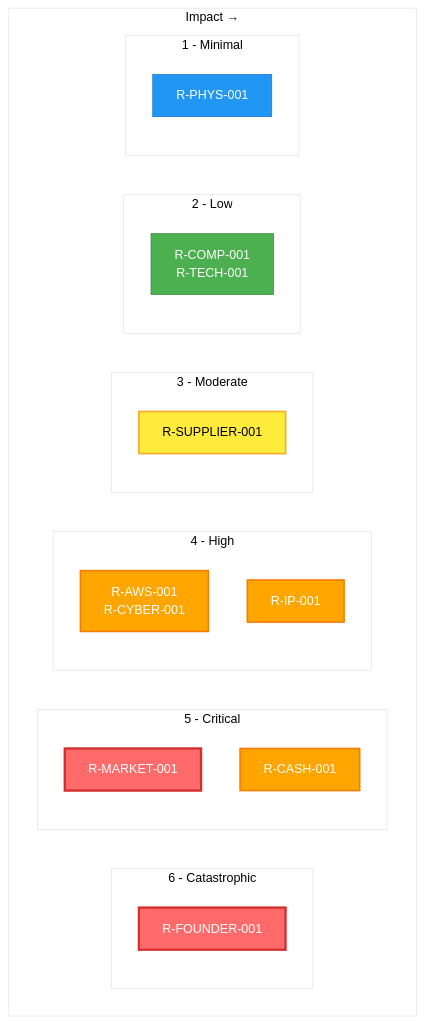
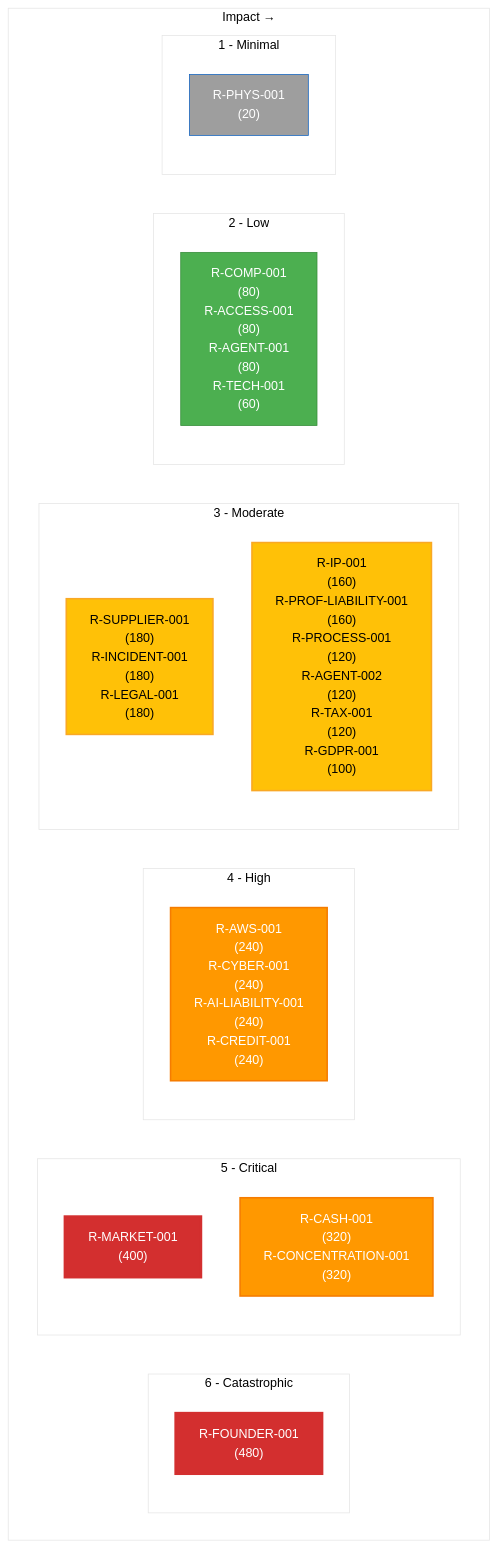
One commit to Hack23/ISMS-PUBLIC changed the first of 4 diagrams in Risk_Register.md. Above: the diagram before and after it, drawn with Mermaid. The commit also changed other lines of this file and 35 other files, not shown here.

````diff
--- a/Risk_Register.md
+++ b/Risk_Register.md
@@ -64,38 +64,38 @@
 ```mermaid
-%%{init: {'theme': 'base', 'themeVariables': {'primaryColor': '#f8f9fa'}}}%%
+%%{init: {'theme': 'base', 'themeVariables': {'primaryColor': '#F8F9FA'}}}%%
 graph TB
     subgraph "Impact →"
         subgraph "6 - Catastrophic"
-            A6["R-FOUNDER-001"]
+            A6["R-FOUNDER-001<br/>(480)"]
         end
         subgraph "5 - Critical"
-            A5["R-MARKET-001"]
-            B5["R-CASH-001"]
+            A5["R-MARKET-001<br/>(400)"]
+            B5["R-CASH-001<br/>(320)<br/>R-CONCENTRATION-001<br/>(320)"]
         end
         subgraph "4 - High"
-            B4["R-AWS-001<br/>R-CYBER-001"]
-            C4["R-IP-001"]
+            B4["R-AWS-001<br/>(240)<br/>R-CYBER-001<br/>(240)<br/>R-AI-LIABILITY-001<br/>(240)<br/>R-CREDIT-001<br/>(240)"]
         end
         subgraph "3 - Moderate"
-            B3["R-SUPPLIER-001"]
+            B3["R-SUPPLIER-001<br/>(180)<br/>R-INCIDENT-001<br/>(180)<br/>R-LEGAL-001<br/>(180)"]
+            C3["R-IP-001<br/>(160)<br/>R-PROF-LIABILITY-001<br/>(160)<br/>R-PROCESS-001<br/>(120)<br/>R-AGENT-002<br/>(120)<br/>R-TAX-001<br/>(120)<br/>R-GDPR-001<br/>(100)"]
         end
         subgraph "2 - Low"
-            D2["R-COMP-001<br/>R-TECH-001"]
+            D2["R-COMP-001<br/>(80)<br/>R-ACCESS-001<br/>(80)<br/>R-AGENT-001<br/>(80)<br/>R-TECH-001<br/>(60)"]
         end
         subgraph "1 - Minimal"
-            B1["R-PHYS-001"]
+            B1["R-PHYS-001<br/>(20)"]
         end
     end
     
-    classDef critical fill:#ff6b6b,stroke:#d32f2f,stroke-width:3px,color:#fff
-    classDef high fill:#ffa500,stroke:#f57c00,stroke-width:2px,color:#fff
-    classDef medium fill:#ffeb3b,stroke:#f9a825,stroke-width:2px,color:#000
-    classDef low fill:#4caf50,stroke:#388e3c,stroke-width:1px,color:#fff
-    classDef minimal fill:#2196f3,stroke:#1976d2,stroke-width:1px,color:#fff
+    classDef critical fill:#D32F2F,stroke:#D32F2F,stroke-width:3px,color:#fff
+    classDef high fill:#FF9800,stroke:#F57C00,stroke-width:2px,color:#fff
+    classDef medium fill:#FFC107,stroke:#F9A825,stroke-width:2px,color:#000
+    classDef low fill:#4CAF50,stroke:#388E3C,stroke-width:1px,color:#fff
+    classDef minimal fill:#9E9E9E,stroke:#1565C0,stroke-width:1px,color:#fff
     
     class A6,A5 critical
-    class B5,B4,C4 high
-    class B3 medium
+    class B5,B4 high
+    class B3,C3 medium
     class D2 low
     class B1 minimal
 ```
````
